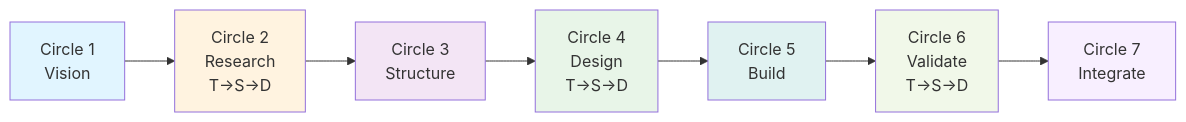
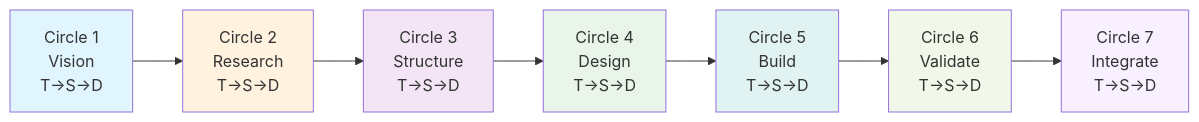
The second of 3 diagrams in README.md (Alot1z/thinking-review-expert), drawn with Mermaid before and after one commit. The commit also changed other lines of this file, not shown here.

Commit message:
feat: beautiful README with mermaid, GitHub buttons, consistent TSD rotation

````diff
--- a/README.md
+++ b/README.md
@@ -91,17 +93,17 @@
 ```mermaid
 flowchart LR
-    C1[Circle 1<br/>Vision] --> C2[Circle 2<br/>Research<br/>T→S→D]
-    C2 --> C3[Circle 3<br/>Structure]
+    C1[Circle 1<br/>Vision<br/>T→S→D] --> C2[Circle 2<br/>Research<br/>T→S→D]
+    C2 --> C3[Circle 3<br/>Structure<br/>T→S→D]
     C3 --> C4[Circle 4<br/>Design<br/>T→S→D]
-    C4 --> C5[Circle 5<br/>Build]
+    C4 --> C5[Circle 5<br/>Build<br/>T→S→D]
     C5 --> C6[Circle 6<br/>Validate<br/>T→S→D]
-    C6 --> C7[Circle 7<br/>Integrate]
+    C6 --> C7[Circle 7<br/>Integrate<br/>T→S→D]
     
     style C1 fill:#E1F5FF
     style C2 fill:#FFF3E0
     style C3 fill:#F3E5F5
     style C4 fill:#E8F5E8
     style C5 fill:#E0F2F1
     style C6 fill:#F1F8E9
     style C7 fill:#F8EFFF
 ```
````
